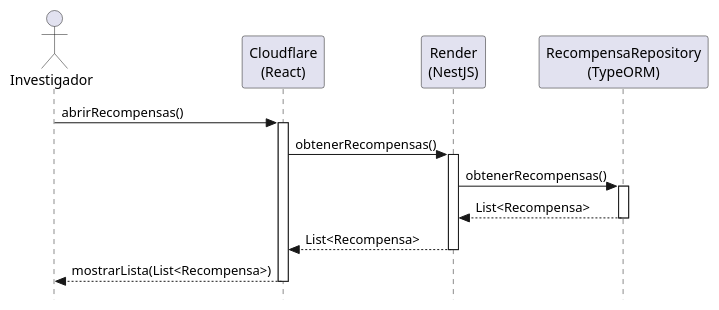
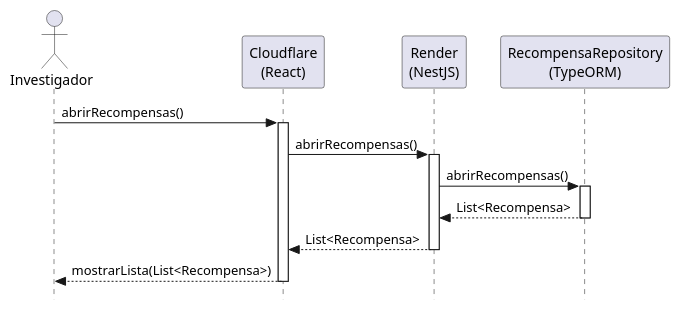
Before and after one commit to manuelmunoz8/25-26-idsw2-sdVC: the diagram in modelosUML/diseño/casosDeUsos/abrirRecompensas/abrirRecompensas.puml, drawn with PlantUML.

Commit message:
Change obtenerRecompensas to abrirRecompensas in UML

```diff
--- a/modelosUML/diseño/casosDeUsos/abrirRecompensas/abrirRecompensas.puml
+++ b/modelosUML/diseño/casosDeUsos/abrirRecompensas/abrirRecompensas.puml
@@ -1,28 +1,28 @@
 @startuml listarRecompensas
 skinparam style strictuml
 skinparam backgroundColor white
 skinparam shadowing false
 
 actor Investigador
 participant "Cloudflare\n(React)" as View
 participant "Render\n(NestJS)" as Controller
 participant "RecompensaRepository\n(TypeORM)" as Repository
 
 Investigador -> View : abrirRecompensas()
 activate View
 
-View -> Controller : obtenerRecompensas()
+View -> Controller : abrirRecompensas()
 activate Controller
 
-Controller -> Repository : obtenerRecompensas()
+Controller -> Repository : abrirRecompensas()
 activate Repository
 
 Repository --> Controller : List<Recompensa>
 deactivate Repository
 
 Controller --> View : List<Recompensa>
 deactivate Controller
 
 View --> Investigador : mostrarLista(List<Recompensa>)
 deactivate View
 @enduml
```
